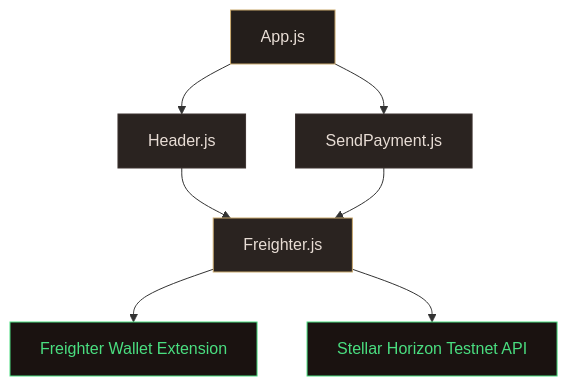
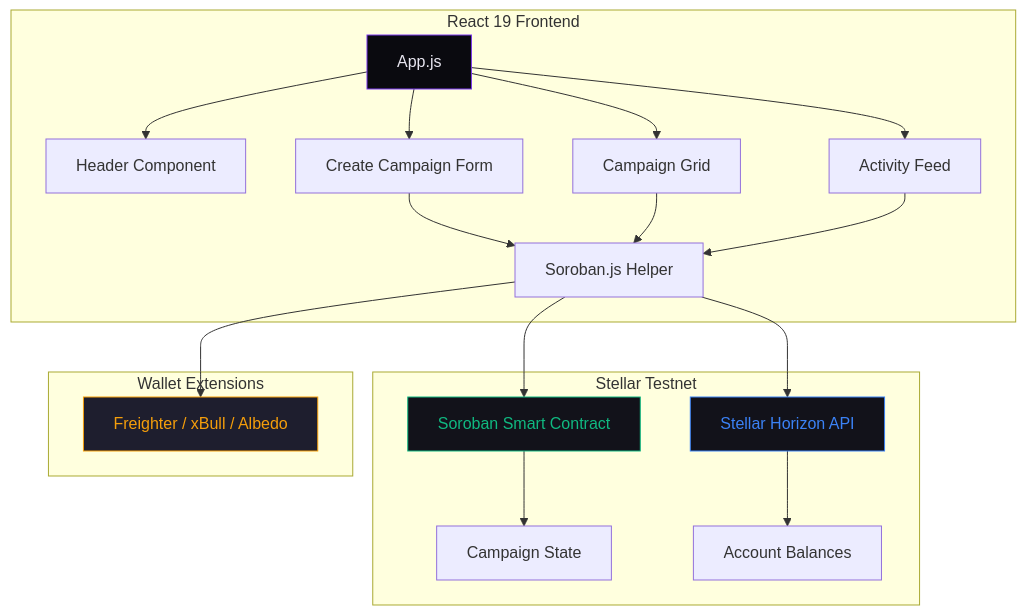
Before and after one commit to Pixie-19/Stellar-Project: the diagram in README.md, drawn with Mermaid. The commit also changed other lines of this file and 24 other files, not shown here.

````diff
--- a/README.md
+++ b/README.md
@@ -58,16 +24,28 @@
 ```mermaid
 graph TD
-    A[App.js] --> B[Header.js]
-    A --> C[SendPayment.js]
-    B --> D[Freighter.js]
-    C --> D
-    D --> E[Freighter Wallet Extension]
-    D --> F[Stellar Horizon Testnet API]
+    subgraph Frontend [React 19 Frontend]
+        A[App.js] --> B[Header Component]
+        A --> C[Campaign Grid]
+        A --> D[Create Campaign Form]
+        A --> E[Activity Feed]
+        D --> F[Soroban.js Helper]
+        C --> F
+        E --> F
+    end
 
-    style A fill:#241e1b,stroke:#c9a96e,color:#e8ddd5
-    style B fill:#2a2320,stroke:#3d3330,color:#e8ddd5
-    style C fill:#2a2320,stroke:#3d3330,color:#e8ddd5
-    style D fill:#2a2320,stroke:#c9a96e,color:#e8ddd5
-    style E fill:#1a1210,stroke:#4ade80,color:#4ade80
-    style F fill:#1a1210,stroke:#4ade80,color:#4ade80
+    subgraph Blockchain [Stellar Testnet]
+        F --> G[Soroban Smart Contract]
+        F --> H[Stellar Horizon API]
+        G --> I[Campaign State]
+        H --> J[Account Balances]
+    end
+
+    subgraph Wallet [Wallet Extensions]
+        F --> K[Freighter / xBull / Albedo]
+    end
+
+    style A fill:#0a0a0f,stroke:#7c3aed,color:#e8e6f0
+    style G fill:#12121a,stroke:#10b981,color:#10b981
+    style H fill:#12121a,stroke:#3b82f6,color:#3b82f6
+    style K fill:#1e1e2e,stroke:#f59e0b,color:#f59e0b
 ```
````
